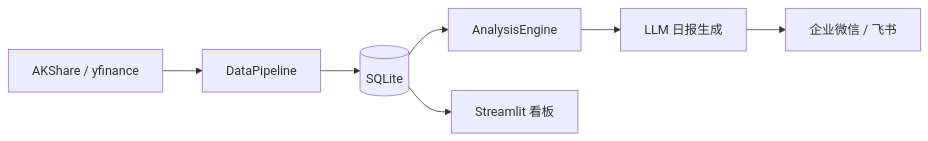
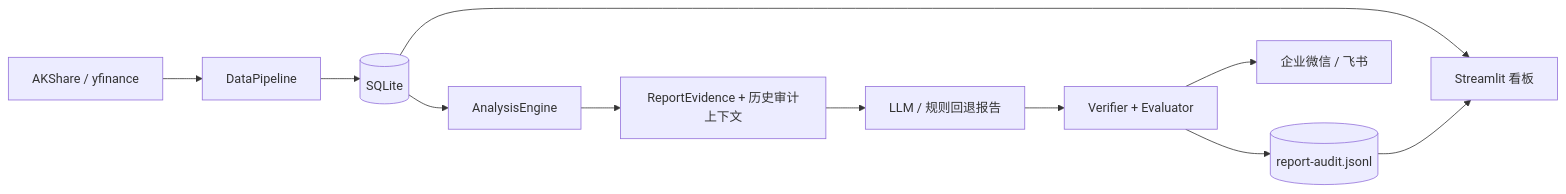
Before and after one commit to MorseWayne/fund-advisor: the diagram in README.md, drawn with Mermaid. The commit also changed other lines of this file and 14 other files, not shown here.

````diff
--- a/README.md
+++ b/README.md
@@ -22,9 +24,13 @@
 ```mermaid
 flowchart LR
-    A[AKShare / yfinance] --> B[DataPipeline]
-    B --> C[(SQLite)]
-    C --> D[AnalysisEngine]
-    D --> E[LLM 日报生成]
-    E --> F[企业微信 / 飞书]
-    C --> G[Streamlit 看板]
+  A[AKShare / yfinance] --> B[DataPipeline]
+  B --> C[(SQLite)]
+  C --> D[AnalysisEngine]
+  D --> H[ReportEvidence + 历史审计上下文]
+  H --> E[LLM / 规则回退报告]
+  E --> I[Verifier + Evaluator]
+  I --> J[(report-audit.jsonl)]
+  I --> F[企业微信 / 飞书]
+  C --> G[Streamlit 看板]
+  J --> G
 ```
````
